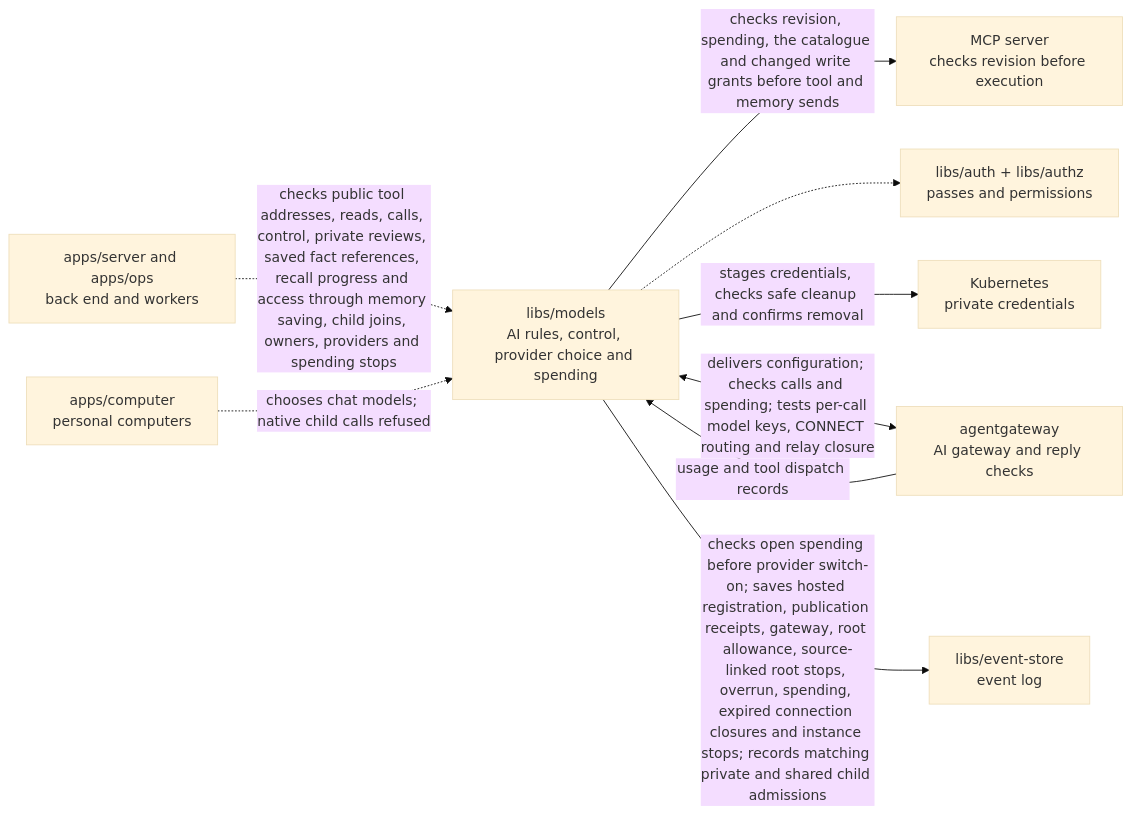
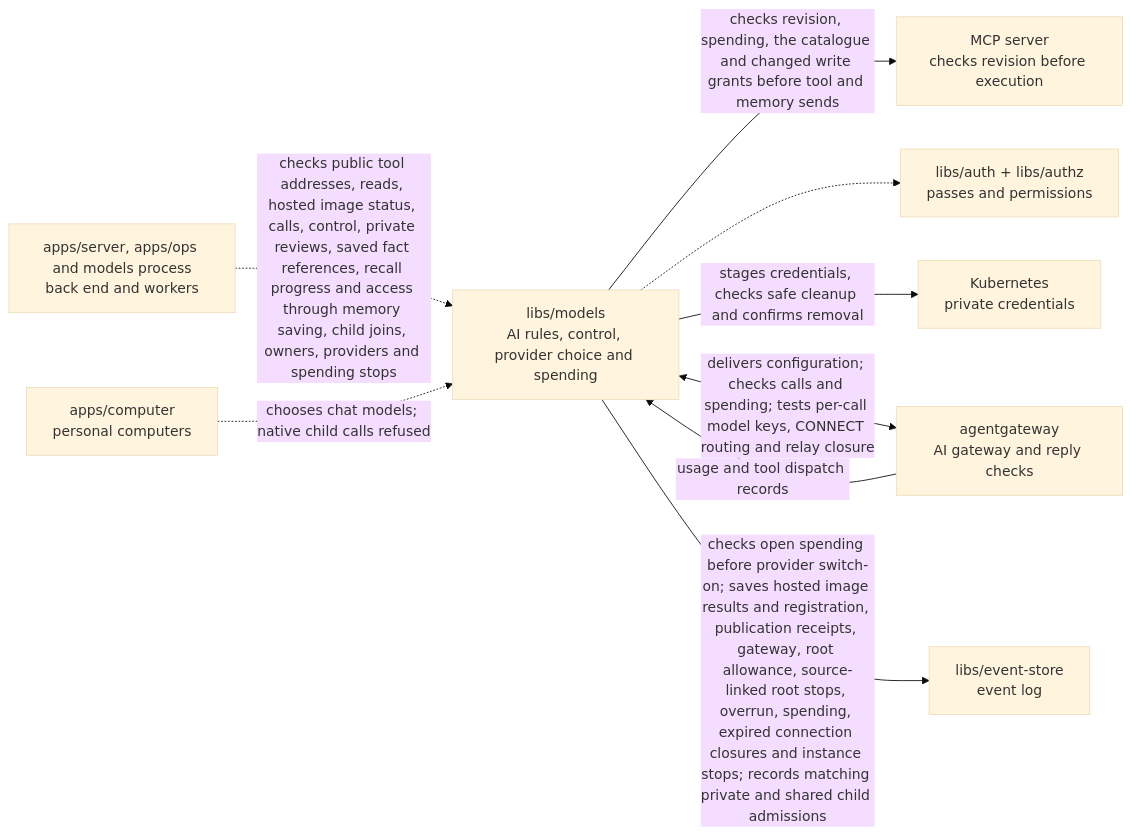
One commit to elewa-git/opencrane-new changed the diagram in libs/models/README.md. Above: the diagram before and after it, drawn with Mermaid (base theme). The commit also changed other lines of this file and 27 other files, not shown here.

First line of the commit message:
🧾 Hosted MCP image checks are saved as dated receipts that only the models service can write, with an admission status read (#428)

````diff
--- a/libs/models/README.md
+++ b/libs/models/README.md
@@ -14,11 +14,11 @@
 ```mermaid
 flowchart LR
-  server["apps/server and apps/ops<br/>back end and workers"] -.->|checks public tool addresses, reads, calls, control, private reviews, saved fact references, recall progress and access through memory saving, child joins, owners, providers and spending stops| models["libs/models<br/>AI rules, control, provider choice and spending"]
+  server["apps/server, apps/ops and models process<br/>back end and workers"] -.->|checks public tool addresses, reads, hosted image status, calls, control, private reviews, saved fact references, recall progress and access through memory saving, child joins, owners, providers and spending stops| models["libs/models<br/>AI rules, control, provider choice and spending"]
   models -->|checks revision, spending, the catalogue and changed write grants before tool and memory sends| mcp["MCP server<br/>checks revision before execution"]
   computer["apps/computer<br/>personal computers"] -.->|chooses chat models; native child calls refused| models
   models -.-> auth["libs/auth + libs/authz<br/>passes and permissions"]
   models -->|stages credentials, checks safe cleanup and confirms removal| custody["Kubernetes<br/>private credentials"]
   models <-->|delivers configuration; checks calls and spending; tests per-call model keys, CONNECT routing and relay closure| gateway["agentgateway<br/>AI gateway and reply checks"]
   gateway -->|usage and tool dispatch records| models
-  models -->|checks open spending before provider switch-on; saves hosted registration, publication receipts, gateway, root allowance, source-linked root stops, overrun, spending, expired connection closures and instance stops; records matching private and shared child admissions| store["libs/event-store<br/>event log"]
+  models -->|checks open spending before provider switch-on; saves hosted image results and registration, publication receipts, gateway, root allowance, source-linked root stops, overrun, spending, expired connection closures and instance stops; records matching private and shared child admissions| store["libs/event-store<br/>event log"]
 ```
````
